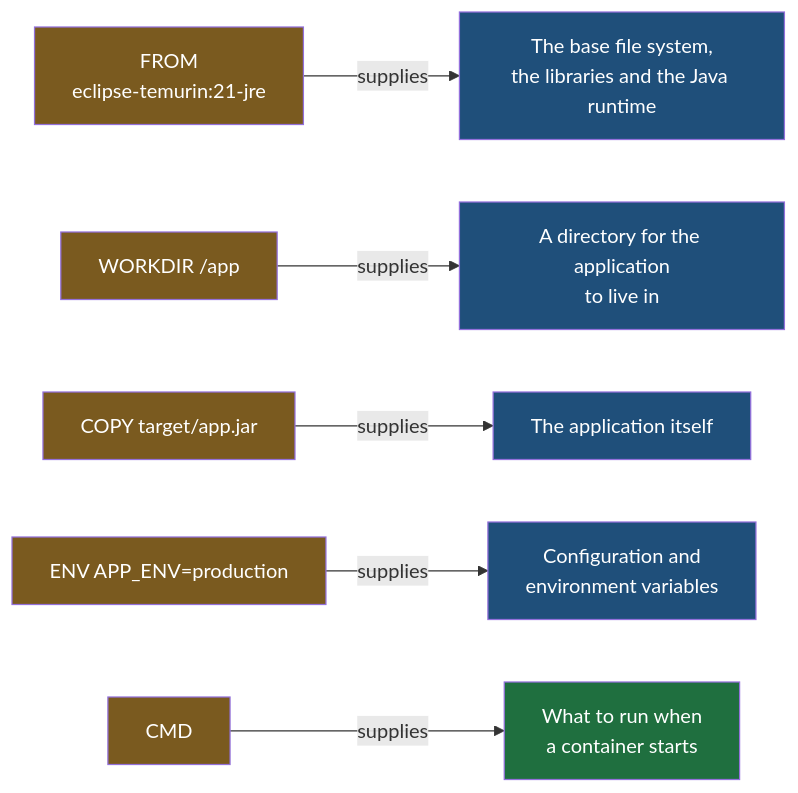
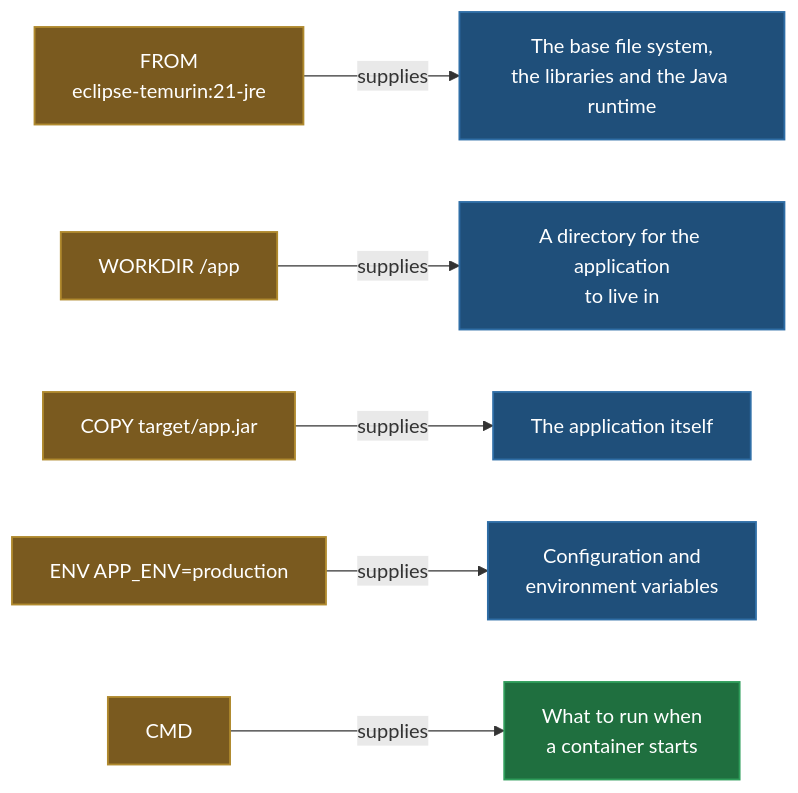
The third of 5 diagrams in Devops/07-Docker/03-The-Dockerfile.md (Dummy-Bug/system-design-handbook), drawn with Mermaid before and after one commit. The commit also changed other lines of this file and 5 other files, not shown here.

````diff
--- a/Devops/07-Docker/03-The-Dockerfile.md
+++ b/Devops/07-Docker/03-The-Dockerfile.md
@@ -164,18 +166,14 @@
 ```mermaid
 flowchart LR
     F["FROM<br/>eclipse-temurin:21-jre"] -->|"supplies"| R["The base file system,<br/>the libraries and the Java runtime"]
     W["WORKDIR /app"] -->|"supplies"| D["A directory for the application<br/>to live in"]
     C["COPY target/app.jar"] -->|"supplies"| J["The application itself"]
     E["ENV APP_ENV=production"] -->|"supplies"| V["Configuration and<br/>environment variables"]
     M["CMD"] -->|"supplies"| X["What to run when<br/>a container starts"]
-    style F fill:#7a5a1f,color:#fff
-    style W fill:#7a5a1f,color:#fff
-    style C fill:#7a5a1f,color:#fff
-    style E fill:#7a5a1f,color:#fff
-    style M fill:#7a5a1f,color:#fff
-    style R fill:#1f4f7a,color:#fff
-    style D fill:#1f4f7a,color:#fff
-    style J fill:#1f4f7a,color:#fff
-    style V fill:#1f4f7a,color:#fff
-    style X fill:#1f6f3f,color:#fff
+    classDef mech fill:#1f4f7a,stroke:#2f6ea6,stroke-width:1.5px,color:#fff
+    classDef good fill:#1f6f3f,stroke:#2e9c5a,stroke-width:1.5px,color:#fff
+    classDef step fill:#7a5a1f,stroke:#b08a2e,stroke-width:1.5px,color:#fff
+    class R,D,J,V mech
+    class X good
+    class F,W,C,E,M step
 ```
````
